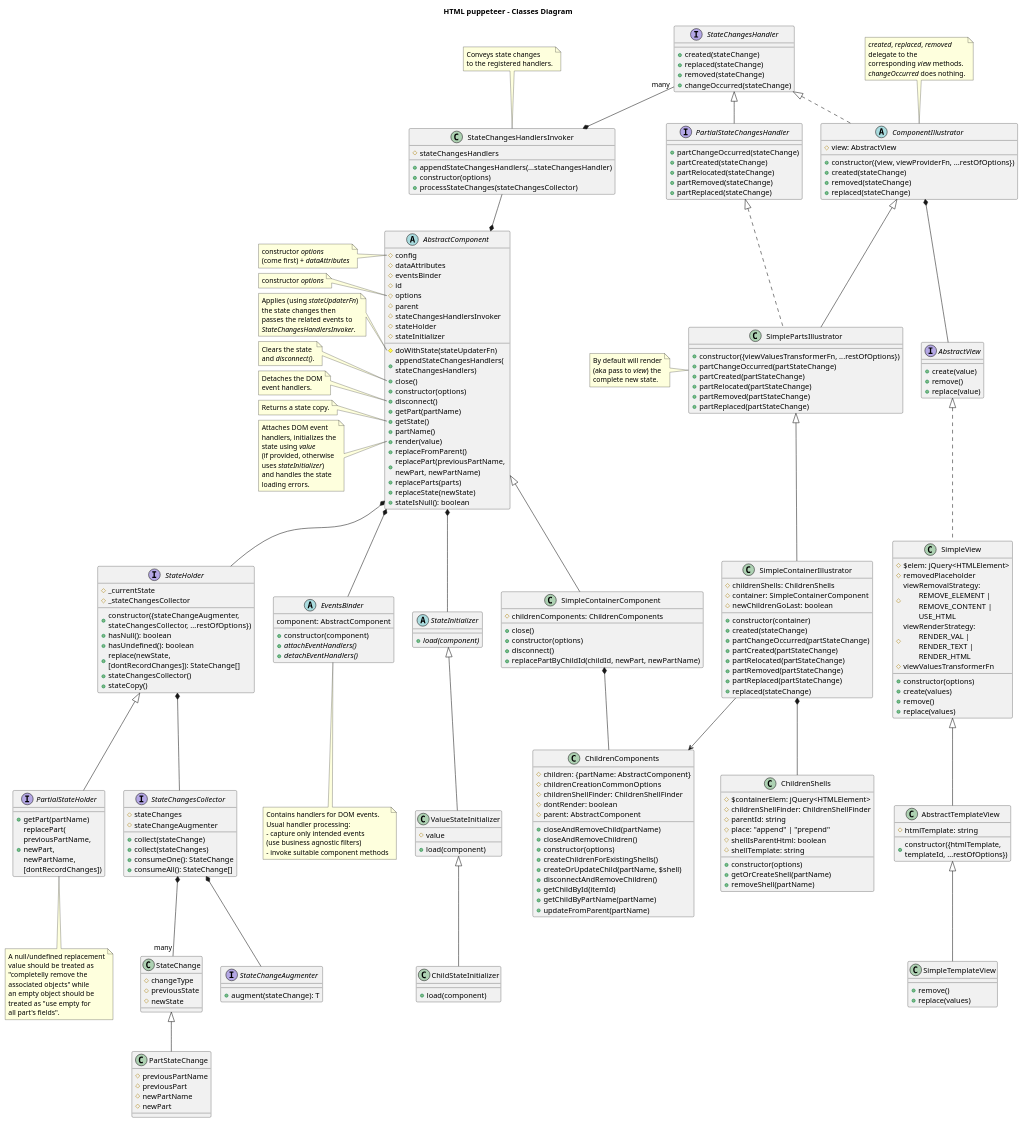
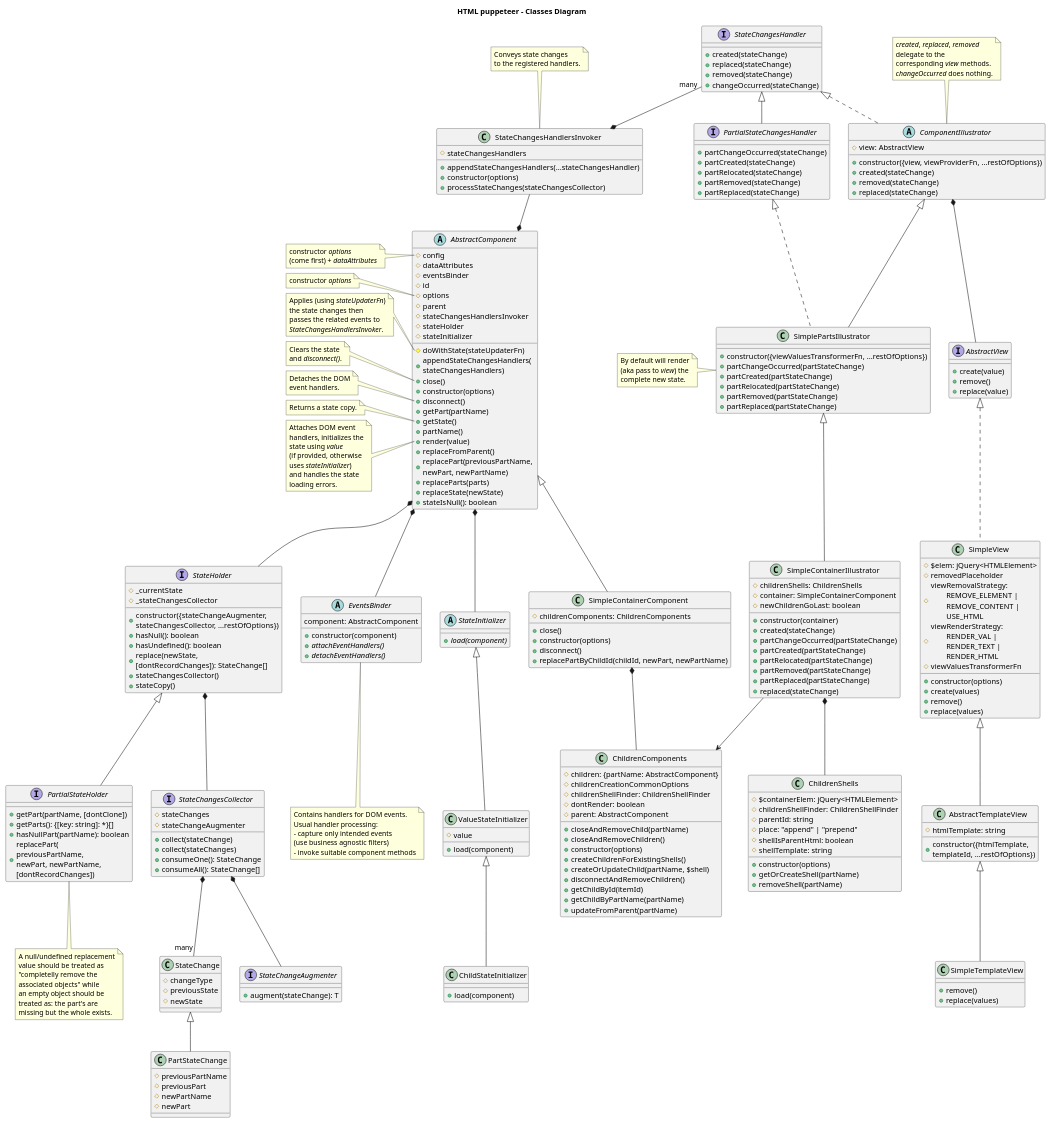
Before and after one commit to adrhc/html-puppeteer: the diagram in design/classes-diagram.puml, drawn with PlantUML.

Commit message:
classes-diagram.puml updated PartialStateHolder

```diff
--- a/design/classes-diagram.puml
+++ b/design/classes-diagram.puml
@@ -248,8 +248,10 @@
 end note'/
 
 interface PartialStateHolder extends StateHolder {
-+getPart(partName)
-+replacePart(\npreviousPartName, \nnewPart, \nnewPartName, \n[dontRecordChanges])
++getPart(partName, [dontClone])
++getParts(): {[key: string]: *}[]
++hasNullPart(partName): boolean
++replacePart(\npreviousPartName, \nnewPart, newPartName, \n[dontRecordChanges])
 }
 
 ' note left of PartialStateHolder::replacePart
@@ -259,8 +261,8 @@
 "completelly remove the
 associated objects" while
 an empty object should be
-treated as "use empty for
-all part's fields".
+treated as: the part's are
+missing but the whole exists.
 end note
 
 class SimpleContainerComponent extends AbstractComponent {
```
